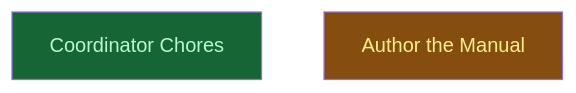
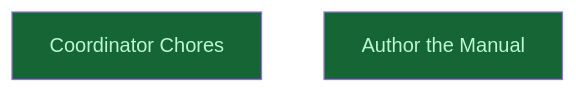
Before and after one commit to CrackingShells/cracking-shells-playbook: the diagram in __roadmap__/writing-release-rework/README.md, drawn with Mermaid. The commit also changed other lines of this file and 7 other files, not shown here.

````diff
--- a/__roadmap__/writing-release-rework/README.md
+++ b/__roadmap__/writing-release-rework/README.md
@@ -80,10 +80,10 @@
 ```mermaid
 graph TD
     chores[Coordinator Chores]:::done
-    author[Author the Manual]:::inprogress
+    author[Author the Manual]:::done
     classDef done       fill:#166534,color:#bbf7d0
     classDef inprogress fill:#854d0e,color:#fef08a
     classDef planned    fill:#374151,color:#e5e7eb
     classDef amendment  fill:#1e3a5f,color:#bfdbfe
     classDef blocked    fill:#7f1d1d,color:#fecaca
 ```
````
